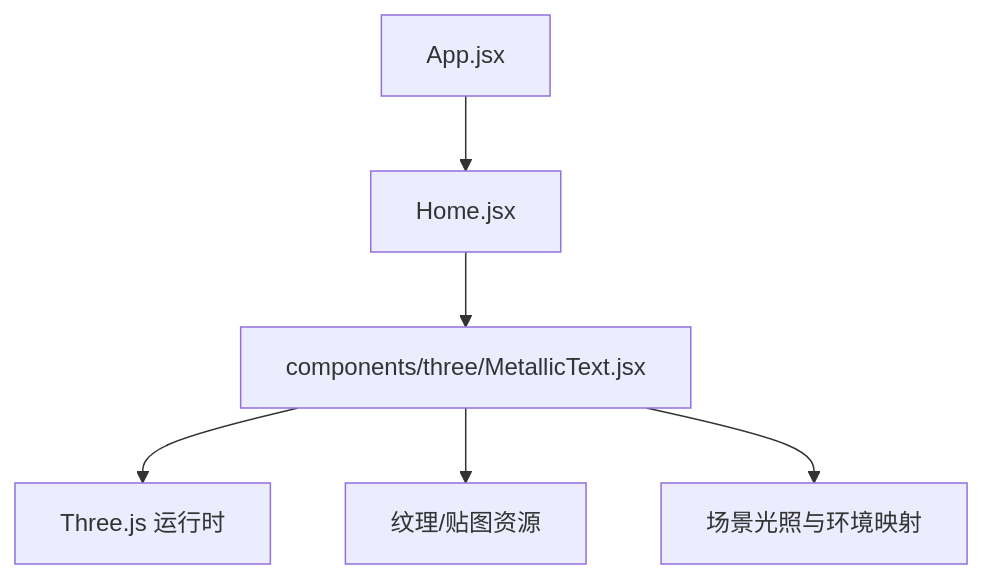
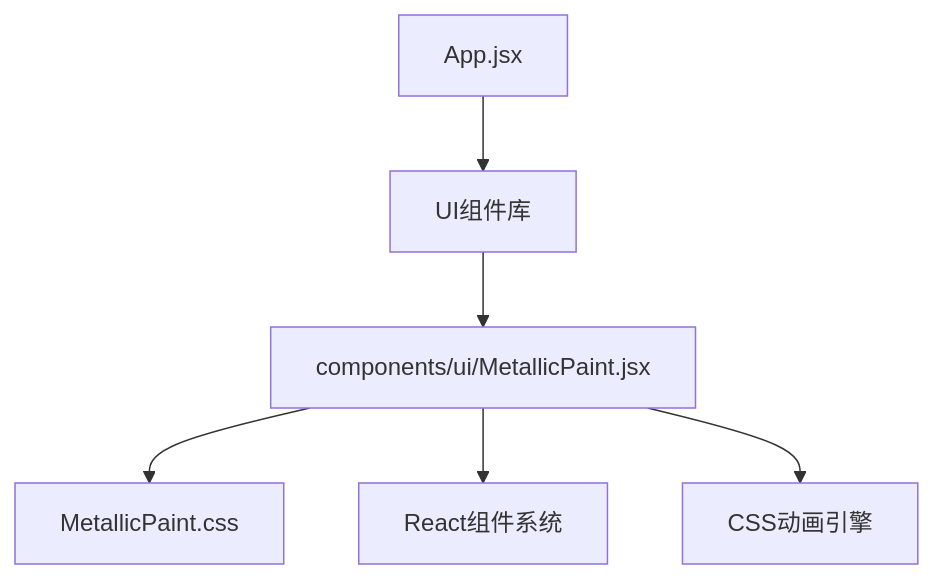
One commit to lithos666/lithos666.github.io changed the first of 3 diagrams in .qoder/repowiki/zh/content/3D渲染系统/着色器与材质/金属文本材质.md. Above: the diagram before and after it, drawn with Mermaid. The commit also changed other lines of this file and 51 other files, not shown here.

````diff
--- a/.qoder/repowiki/zh/content/3D渲染系统/着色器与材质/金属文本材质.md
+++ b/.qoder/repowiki/zh/content/3D渲染系统/着色器与材质/金属文本材质.md
@@ -31,8 +41,8 @@
 ```mermaid
 graph TB
-A["App.jsx"] --> B["Home.jsx"]
-B --> C["components/three/MetallicText.jsx"]
-C --> D["Three.js 运行时"]
-C --> E["纹理/贴图资源"]
-C --> F["场景光照与环境映射"]
+A["App.jsx"] --> B["UI组件库"]
+B --> C["components/ui/MetallicPaint.jsx"]
+C --> D["MetallicPaint.css"]
+C --> E["React组件系统"]
+C --> F["CSS动画引擎"]
 ```
````
